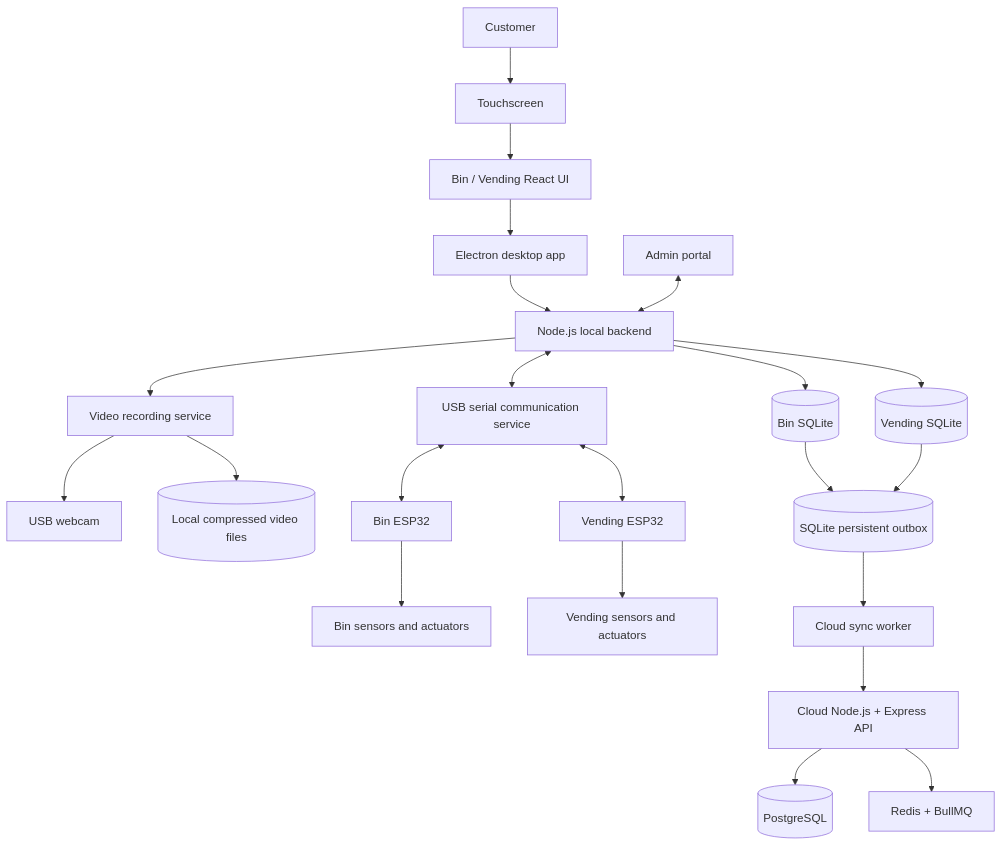
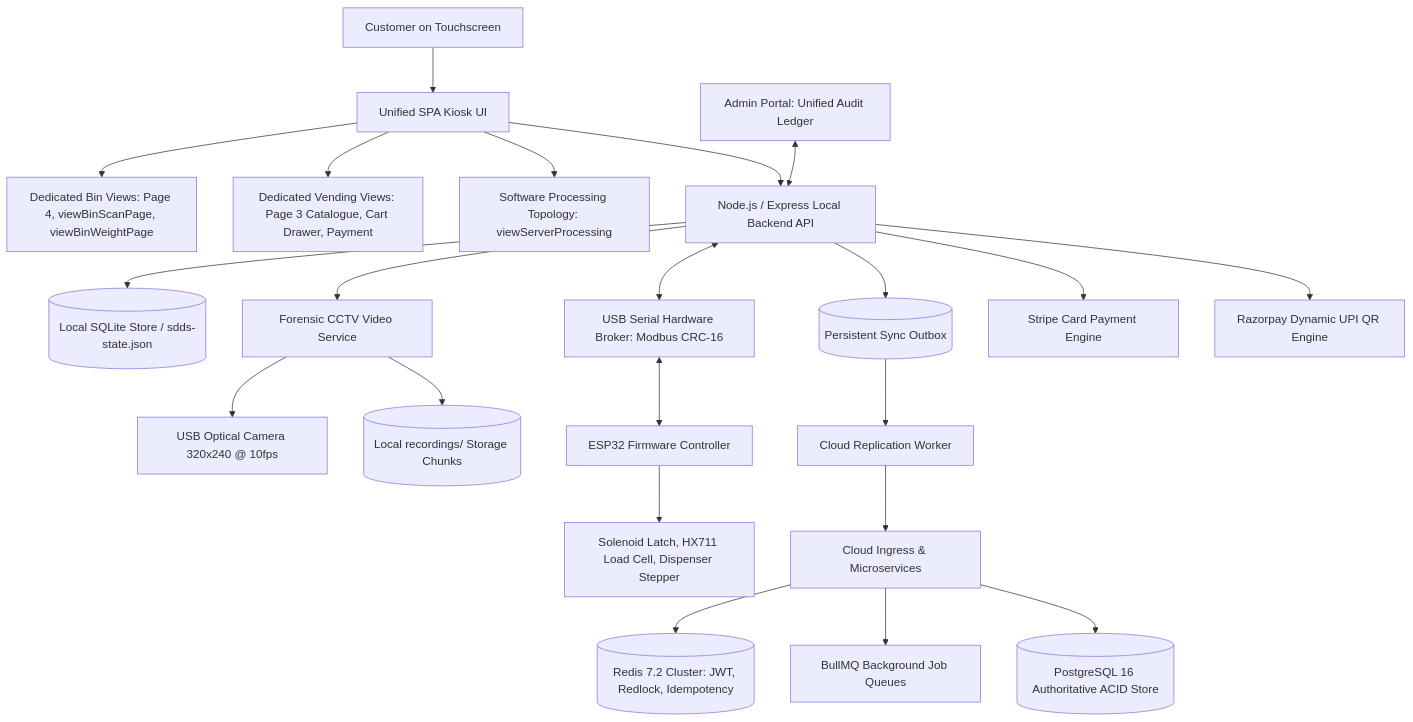
Before and after one commit to aswanayyappan/tech-farm-vending-machine: the first of 10 diagrams in SDDS_V5_Documents/SDDS_V5_Product_Requirements_Document.md, drawn with Mermaid. The commit also changed other lines of this file and 2 other files, not shown here.

Commit message:
docs: synchronize SDDS V5 PRD and Plan of Action with current web architecture

````diff
--- a/SDDS_V5_Documents/SDDS_V5_Product_Requirements_Document.md
+++ b/SDDS_V5_Documents/SDDS_V5_Product_Requirements_Document.md
@@ -658,24 +674,24 @@
 ```mermaid
 flowchart TB
-    CUSTOMER[Customer] --> TOUCH[Touchscreen]
-    TOUCH --> FRONT[Bin / Vending React UI]
-    FRONT --> DESKTOP[Electron desktop app]
-    DESKTOP --> LOCAL[Node.js local backend]
-    LOCAL --> BINDB[(Bin SQLite)]
-    LOCAL --> VENDB[(Vending SQLite)]
-    LOCAL --> CAMSVC[Video recording service]
-    CAMSVC --> WEBCAM[USB webcam]
-    CAMSVC --> FILES[(Local compressed video files)]
-    LOCAL <--> SERIAL[USB serial communication service]
-    SERIAL <--> BINESP[Bin ESP32]
-    SERIAL <--> VENESP[Vending ESP32]
-    BINESP --> BHW[Bin sensors and actuators]
-    VENESP --> VHW[Vending sensors and actuators]
-    BINDB --> OUTBOX[(SQLite persistent outbox)]
-    VENDB --> OUTBOX
-    OUTBOX --> SYNC[Cloud sync worker]
-    SYNC --> API[Cloud Node.js + Express API]
-    API --> PG[(PostgreSQL)]
-    API --> QUEUE[Redis + BullMQ]
-    ADMIN[Admin portal] <--> LOCAL
+    CUSTOMER[Customer on Touchscreen] --> UI[Unified SPA Kiosk UI]
+    UI --> VIEW_BIN[Dedicated Bin Views: Page 4, viewBinScanPage, viewBinWeightPage]
+    UI --> VIEW_VEND[Dedicated Vending Views: Page 3 Catalogue, Cart Drawer, Payment]
+    UI --> VIEW_SRV[Software Processing Topology: viewServerProcessing]
+    UI --> BACKEND[Node.js / Express Local Backend API]
+    BACKEND --> SQLITE[(Local SQLite Store / sdds-state.json)]
+    BACKEND --> CAMSVC[Forensic CCTV Video Service]
+    CAMSVC --> WEBCAM[USB Optical Camera 320x240 @ 10fps]
+    CAMSVC --> CHUNKS[(Local recordings/ Storage Chunks)]
+    BACKEND <--> SERIAL[USB Serial Hardware Broker: Modbus CRC-16]
+    SERIAL <--> ESP32[ESP32 Firmware Controller]
+    ESP32 --> HARDWARE[Solenoid Latch, HX711 Load Cell, Dispenser Stepper]
+    BACKEND --> OUTBOX[(Persistent Sync Outbox)]
+    OUTBOX --> SYNC[Cloud Replication Worker]
+    SYNC --> CLOUD_API[Cloud Ingress & Microservices]
+    CLOUD_API --> REDIS[(Redis 7.2 Cluster: JWT, Redlock, Idempotency)]
+    CLOUD_API --> BULLMQ[BullMQ Background Job Queues]
+    CLOUD_API --> PG[(PostgreSQL 16 Authoritative ACID Store)]
+    BACKEND --> PAY_STRIPE[Stripe Card Payment Engine]
+    BACKEND --> PAY_RAZOR[Razorpay Dynamic UPI QR Engine]
+    ADMIN[Admin Portal: Unified Audit Ledger] <--> BACKEND
 ```
````
